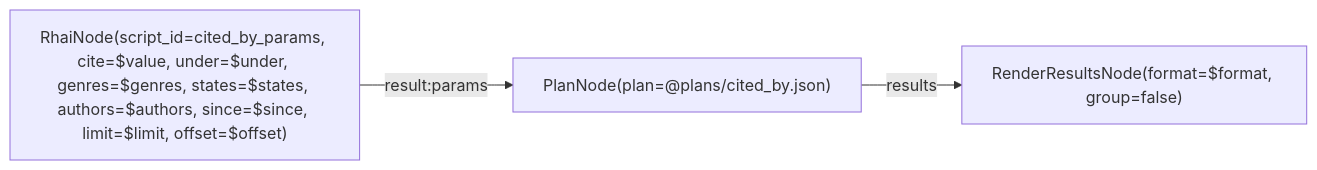
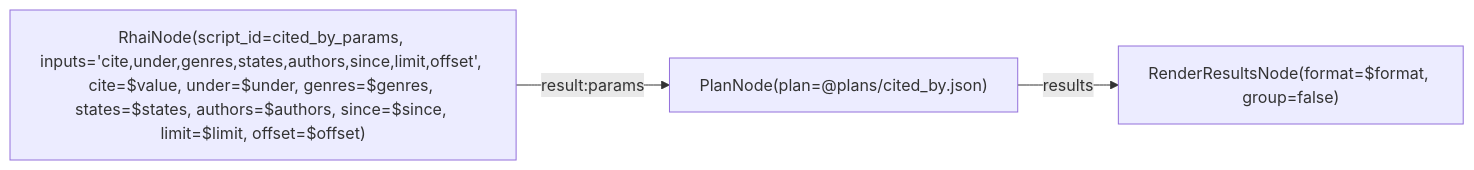
One commit to L-Defraiteur/rag3db changed the diagram in extension/rag3weaver/templates/backends/memory/graphs/cited_by.mmd. Above: the diagram before and after it, drawn with Mermaid. The commit also changed 1 other file, not shown here.

Commit message:
feat(dataflow): un RhaiNode qui reçoit ses champs par clé déclare ceux que son script lit (inputs), et refuse les autres en les nommant — une clé mal tapée ne se perd plus en silence (relecture de l'arbre principal)

```diff
--- a/extension/rag3weaver/templates/backends/memory/graphs/cited_by.mmd
+++ b/extension/rag3weaver/templates/backends/memory/graphs/cited_by.mmd
@@ -1,19 +1,19 @@
 %% tool: cited_by
 %% description: Les fiches qui citent une chose — un fichier, un dossier, un symbole, un source : celles qui y sont ancrées, et celles dont un apport (L1) la cite. Pour chacune, ses Refs qui répondent et ses apports qui la citent. Les plus récentes d'abord ; le total est compté.
 %% param: value string! -- La valeur citée, en forme normale (ex. 'git:github.com/x/y:src/a.rs', ou 'doc:sources/2026-10-25.md').
 %% param: under bool = true -- Aussi ce qui est dessous : un dossier (valeur + '/'), un fichier et ses symboles (valeur + '#').
 %% param: genres json = [] -- Les genres de Ref gardés (ex. ["path", "symbol"]) ; vide : tous.
 %% param: states json = [] -- Les états de fiche gardés (ex. ["current"]) ; vide : tous.
 %% param: authors json = [] -- Les auteurs de fiche gardés ; vide : tous.
 %% param: since int = 0 -- Les fiches mises à jour depuis cet instant (ms) ; 0 : toutes.
 %% param: limit int = 20 -- Fiches rendues au plus (plafond 200).
 %% param: offset int = 0 -- Fiches sautées, pour la page suivante.
 %% param: format string = "markdown" -- markdown, ou json.
 %% result: render.text
 
 graph LR
-    params["RhaiNode(script_id=cited_by_params, cite=$value, under=$under, genres=$genres, states=$states, authors=$authors, since=$since, limit=$limit, offset=$offset)"]
+    params["RhaiNode(script_id=cited_by_params, inputs='cite,under,genres,states,authors,since,limit,offset', cite=$value, under=$under, genres=$genres, states=$states, authors=$authors, since=$since, limit=$limit, offset=$offset)"]
     plan["PlanNode(plan=@plans/cited_by.json)"]
     render["RenderResultsNode(format=$format, group=false)"]
     params -->|result:params| plan
     plan -->|results| render
```
